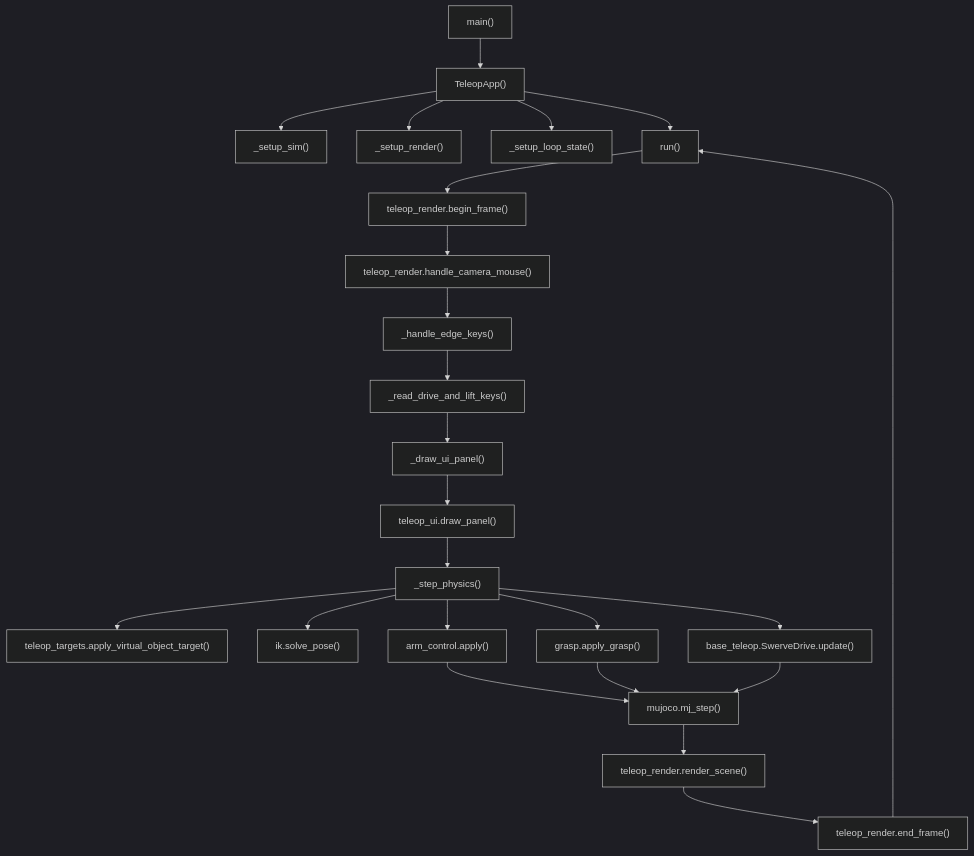
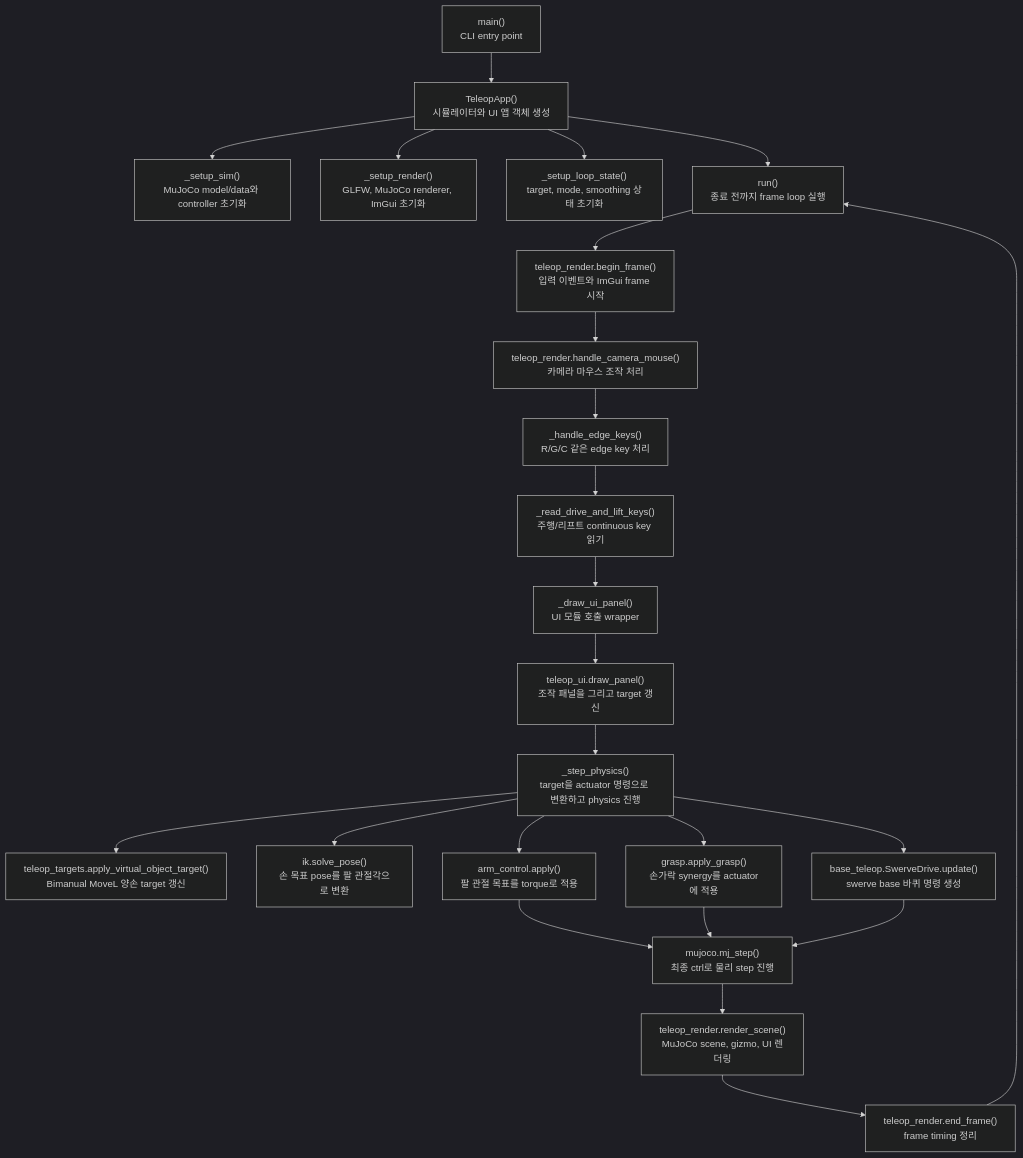
One commit to ggh-png/ffw-sh5-grasp changed the diagram in docs/guide/teleop_app.md. Above: the diagram before and after it, drawn with Mermaid (dark theme). The commit also changed 9 other files, not shown here.

Commit message:
Improve docs diagrams and add project link

````diff
--- a/docs/guide/teleop_app.md
+++ b/docs/guide/teleop_app.md
@@ -69,26 +69,26 @@
 ```mermaid
 flowchart TD
-    A["main()"] --> B["TeleopApp()"]
-    B --> C["_setup_sim()"]
-    B --> D["_setup_render()"]
-    B --> E["_setup_loop_state()"]
-    B --> F["run()"]
-    F --> G["teleop_render.begin_frame()"]
-    G --> H["teleop_render.handle_camera_mouse()"]
-    H --> I["_handle_edge_keys()"]
-    I --> J["_read_drive_and_lift_keys()"]
-    J --> K["_draw_ui_panel()"]
-    K --> L["teleop_ui.draw_panel()"]
-    L --> M["_step_physics()"]
-    M --> N["teleop_targets.apply_virtual_object_target()"]
-    M --> O["ik.solve_pose()"]
-    M --> P["base_teleop.SwerveDrive.update()"]
-    M --> Q["arm_control.apply()"]
-    M --> R["grasp.apply_grasp()"]
-    Q --> S["mujoco.mj_step()"]
+    A["main()<br>CLI entry point"] --> B["TeleopApp()<br>시뮬레이터와 UI 앱 객체 생성"]
+    B --> C["_setup_sim()<br>MuJoCo model/data와 controller 초기화"]
+    B --> D["_setup_render()<br>GLFW, MuJoCo renderer, ImGui 초기화"]
+    B --> E["_setup_loop_state()<br>target, mode, smoothing 상태 초기화"]
+    B --> F["run()<br>종료 전까지 frame loop 실행"]
+    F --> G["teleop_render.begin_frame()<br>입력 이벤트와 ImGui frame 시작"]
+    G --> H["teleop_render.handle_camera_mouse()<br>카메라 마우스 조작 처리"]
+    H --> I["_handle_edge_keys()<br>R/G/C 같은 edge key 처리"]
+    I --> J["_read_drive_and_lift_keys()<br>주행/리프트 continuous key 읽기"]
+    J --> K["_draw_ui_panel()<br>UI 모듈 호출 wrapper"]
+    K --> L["teleop_ui.draw_panel()<br>조작 패널을 그리고 target 갱신"]
+    L --> M["_step_physics()<br>target을 actuator 명령으로 변환하고 physics 진행"]
+    M --> N["teleop_targets.apply_virtual_object_target()<br>Bimanual MoveL 양손 target 갱신"]
+    M --> O["ik.solve_pose()<br>손 목표 pose를 팔 관절각으로 변환"]
+    M --> P["base_teleop.SwerveDrive.update()<br>swerve base 바퀴 명령 생성"]
+    M --> Q["arm_control.apply()<br>팔 관절 목표를 torque로 적용"]
+    M --> R["grasp.apply_grasp()<br>손가락 synergy를 actuator에 적용"]
+    Q --> S["mujoco.mj_step()<br>최종 ctrl로 물리 step 진행"]
     R --> S
     P --> S
-    S --> T["teleop_render.render_scene()"]
-    T --> U["teleop_render.end_frame()"]
+    S --> T["teleop_render.render_scene()<br>MuJoCo scene, gizmo, UI 렌더링"]
+    T --> U["teleop_render.end_frame()<br>frame timing 정리"]
     U --> F
 ```
````
